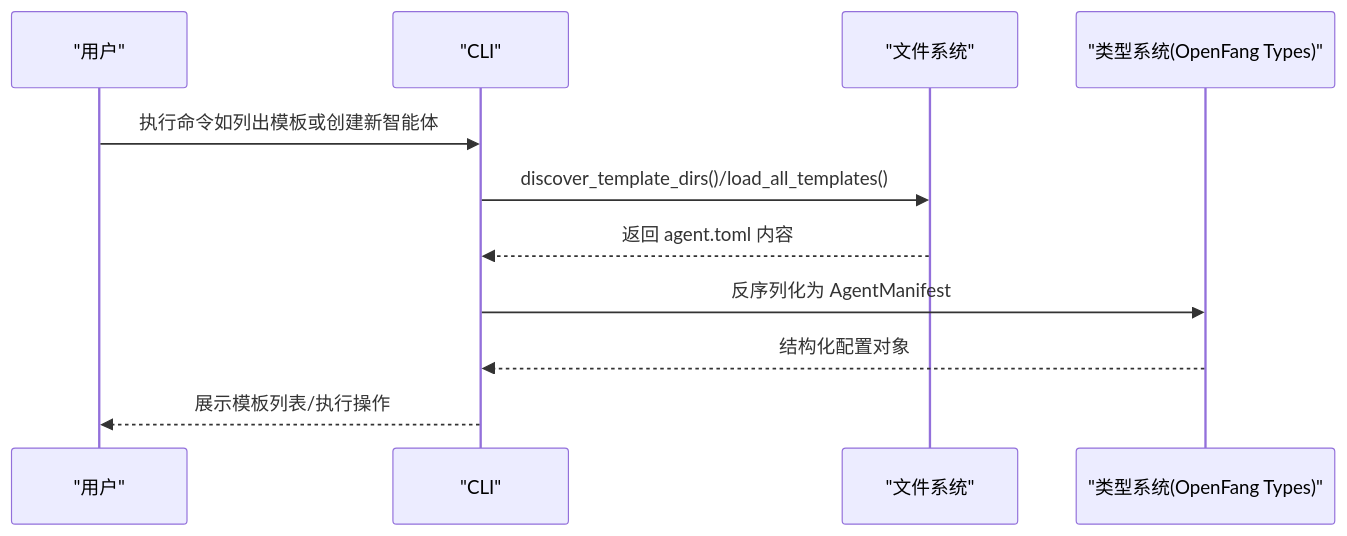
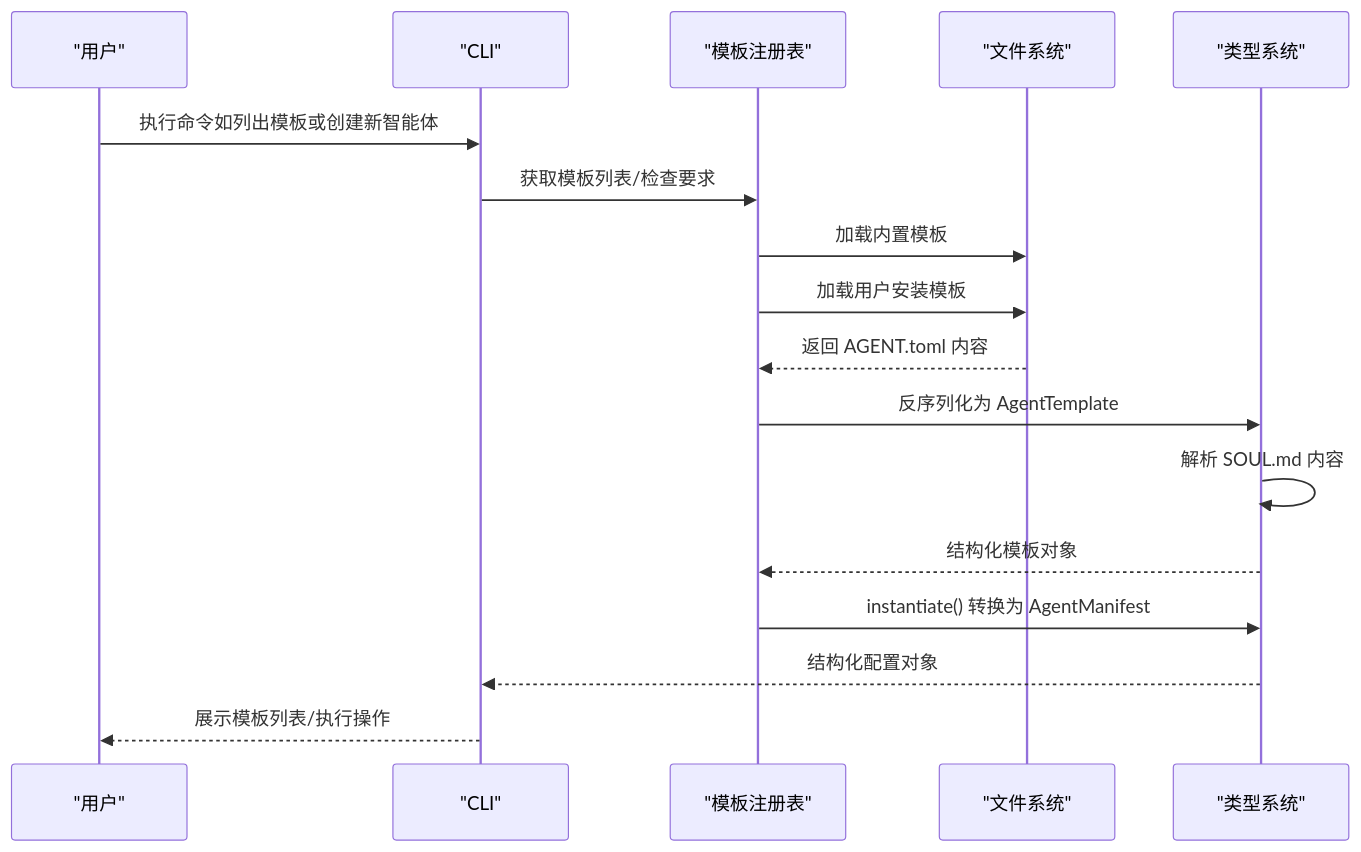
The second of 4 diagrams in .qoder/repowiki/zh/content/开发者指南/扩展开发指南/智能体模板开发.md (hexiaowen-bot/openfang), drawn with Mermaid before and after one commit. The commit also changed other lines of this file and 65 other files, not shown here.

````diff
--- a/.qoder/repowiki/zh/content/开发者指南/扩展开发指南/智能体模板开发.md
+++ b/.qoder/repowiki/zh/content/开发者指南/扩展开发指南/智能体模板开发.md
@@ -90,13 +111,19 @@
 ```mermaid
 sequenceDiagram
 participant User as "用户"
 participant CLI as "CLI"
+participant Registry as "模板注册表"
 participant FS as "文件系统"
-participant Types as "类型系统(OpenFang Types)"
+participant Types as "类型系统"
 User->>CLI : 执行命令如列出模板或创建新智能体
-CLI->>FS : discover_template_dirs()/load_all_templates()
-FS-->>CLI : 返回 agent.toml 内容
-CLI->>Types : 反序列化为 AgentManifest
+CLI->>Registry : 获取模板列表/检查要求
+Registry->>FS : 加载内置模板
+Registry->>FS : 加载用户安装模板
+FS-->>Registry : 返回 AGENT.toml 内容
+Registry->>Types : 反序列化为 AgentTemplate
+Types->>Types : 解析 SOUL.md 内容
+Types-->>Registry : 结构化模板对象
+Registry->>Types : instantiate() 转换为 AgentManifest
 Types-->>CLI : 结构化配置对象
 CLI-->>User : 展示模板列表/执行操作
 ```
````
